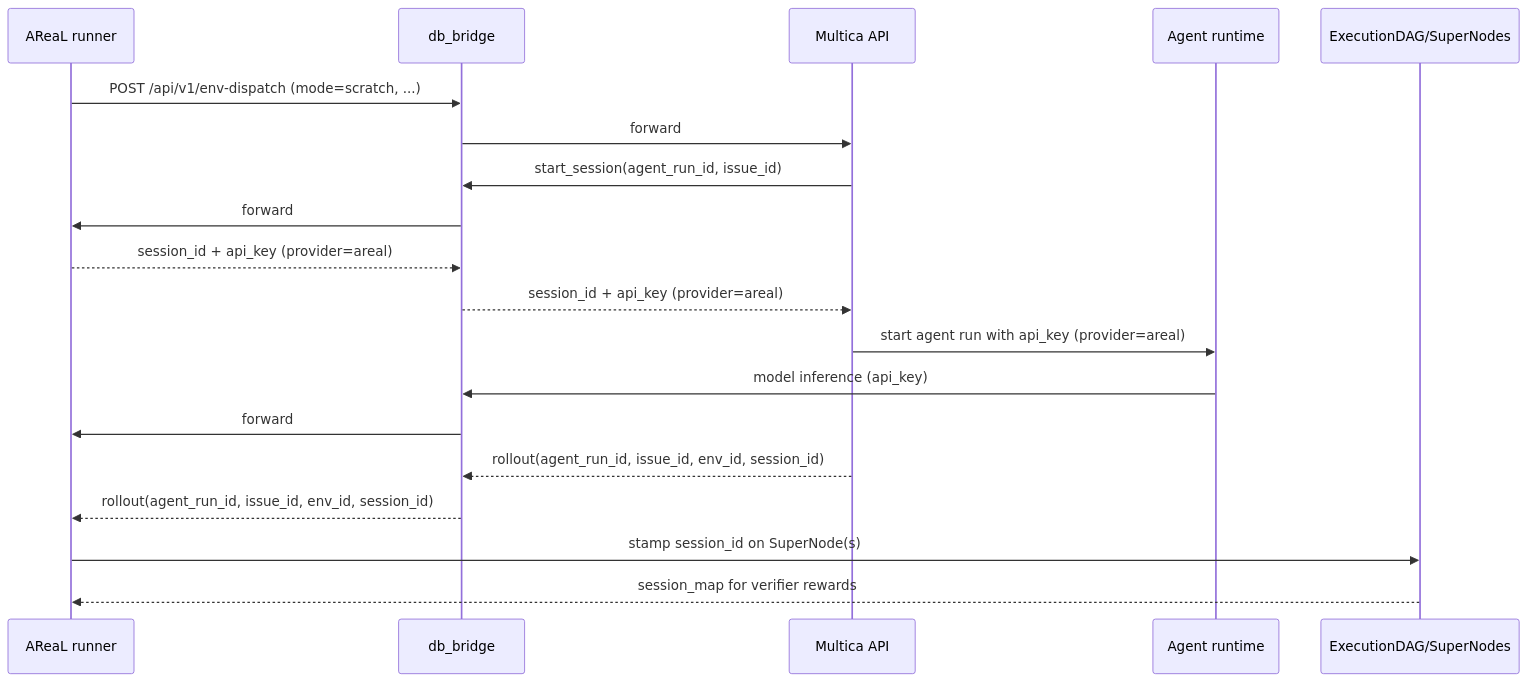
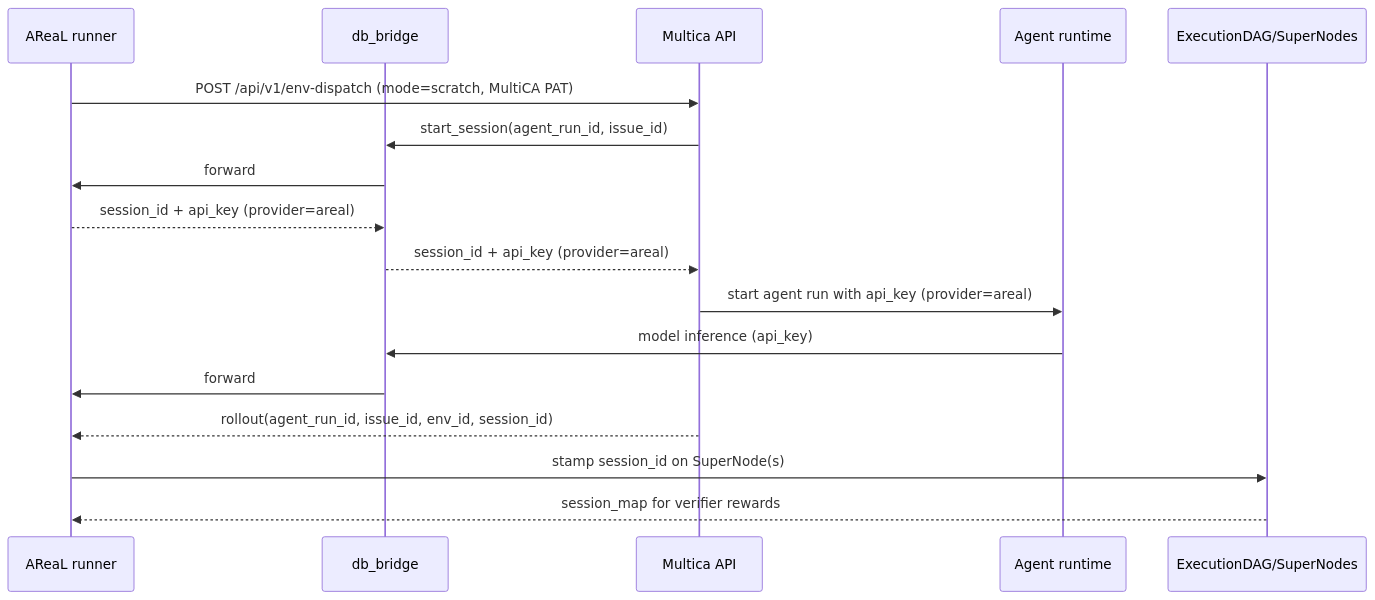
Before and after one commit to ketsuzhou/areal-ci: the second of 3 diagrams in customized_areal/tree_search/agents/multica_environment_protocol.md, drawn with Mermaid. The commit also changed other lines of this file and 6 other files, not shown here.

````diff
--- a/customized_areal/tree_search/agents/multica_environment_protocol.md
+++ b/customized_areal/tree_search/agents/multica_environment_protocol.md
@@ -219,22 +214,20 @@
 ```mermaid
 sequenceDiagram
     participant A as AReaL runner
     participant G as db_bridge
     participant M as Multica API
     participant R as Agent runtime
     participant D as ExecutionDAG/SuperNodes
 
-    A->>G: POST /api/v1/env-dispatch (mode=scratch, ...)
-    G->>M: forward
+    A->>M: POST /api/v1/env-dispatch (mode=scratch, MultiCA PAT)
     M->>G: start_session(agent_run_id, issue_id)
     G->>A: forward
     A-->>G: session_id + api_key (provider=areal)
     G-->>M: session_id + api_key (provider=areal)
     M->>R: start agent run with api_key (provider=areal)
     R->>G: model inference (api_key)
     G->>A: forward
-    M-->>G: rollout(agent_run_id, issue_id, env_id, session_id)
-    G-->>A: rollout(agent_run_id, issue_id, env_id, session_id)
+    M-->>A: rollout(agent_run_id, issue_id, env_id, session_id)
     A->>D: stamp session_id on SuperNode(s)
     D-->>A: session_map for verifier rewards
 ```
````
